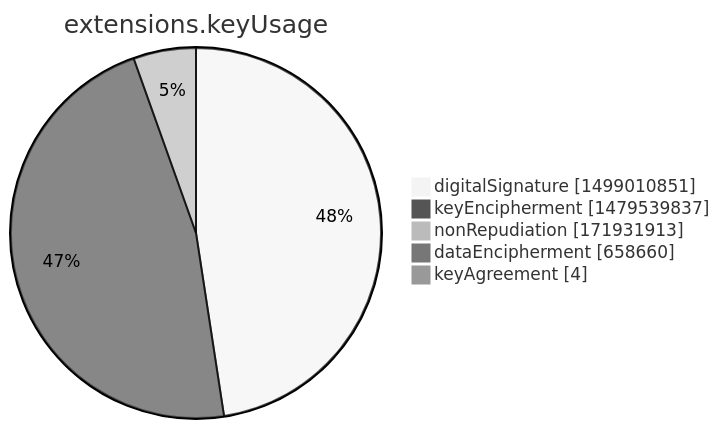
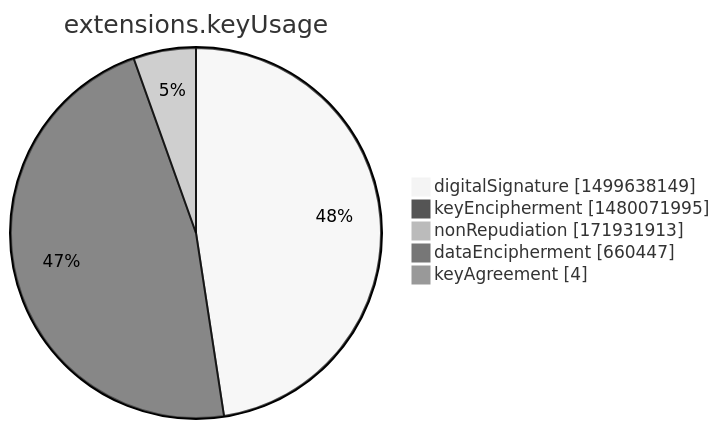
Before and after one commit to christiankrug/ctmonitor_visualization: the seventh of 15 diagrams in argon2022/README.md, drawn with Mermaid (neutral theme). The commit also changed other lines of this file, not shown here.

````diff
--- a/argon2022/README.md
+++ b/argon2022/README.md
@@ -2751,9 +2751,9 @@
 ```mermaid
 pie showData
 title extensions.keyUsage
-"digitalSignature" :1499010851
-"keyEncipherment" :1479539837
+"digitalSignature" :1499638149
+"keyEncipherment" :1480071995
 "nonRepudiation" :171931913
-"dataEncipherment" :658660
+"dataEncipherment" :660447
 "keyAgreement" :4
 ```
````
